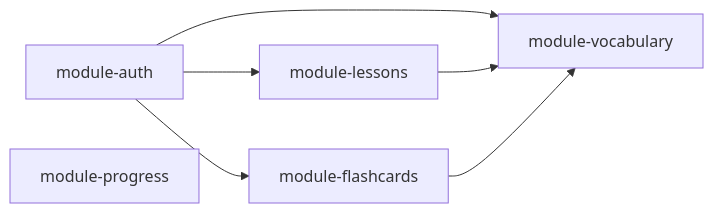
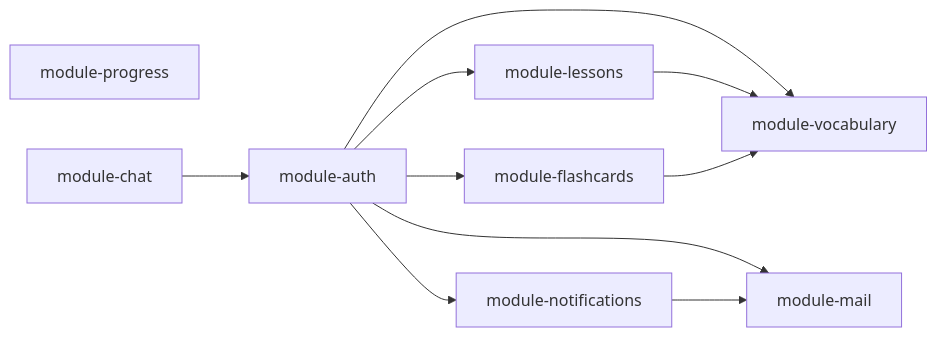
The second of 2 diagrams in docs/llm-wiki/wiki/synthesis/architecture.md (Mikirurk1/arvilio), drawn with Mermaid before and after one commit. The commit also changed other lines of this file and 675 other files, not shown here.

````diff
--- a/docs/llm-wiki/wiki/synthesis/architecture.md
+++ b/docs/llm-wiki/wiki/synthesis/architecture.md
@@ -57,13 +58,20 @@
 ```mermaid
 flowchart LR
   Auth["module-auth"]
   Lessons["module-lessons"]
   Vocab["module-vocabulary"]
   Flash["module-flashcards"]
   Prog["module-progress"]
+  Chat["module-chat"]
+  Mail["module-mail"]
+  Notif["module-notifications"]
   Auth --> Lessons
   Auth --> Vocab
   Auth --> Flash
+  Auth --> Mail
+  Auth --> Notif
   Lessons --> Vocab
   Flash --> Vocab
+  Notif --> Mail
+  Chat --> Auth
 ```
````
